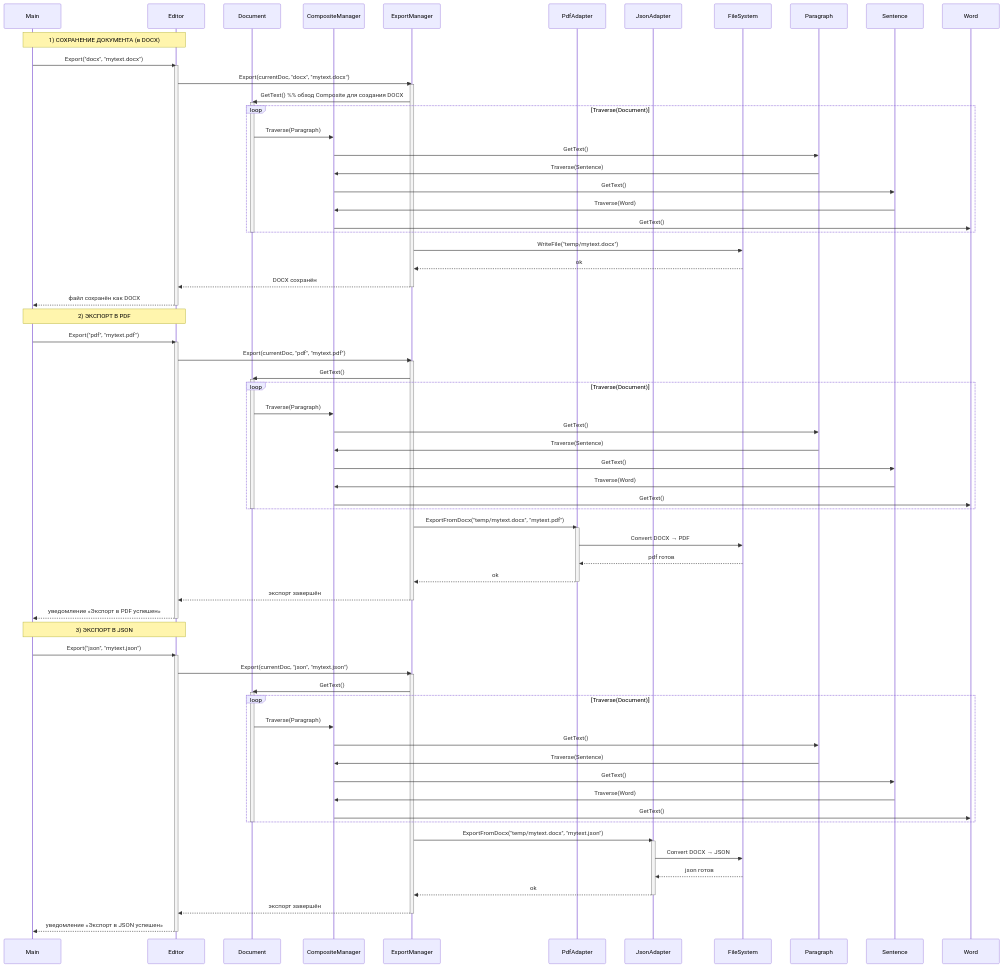
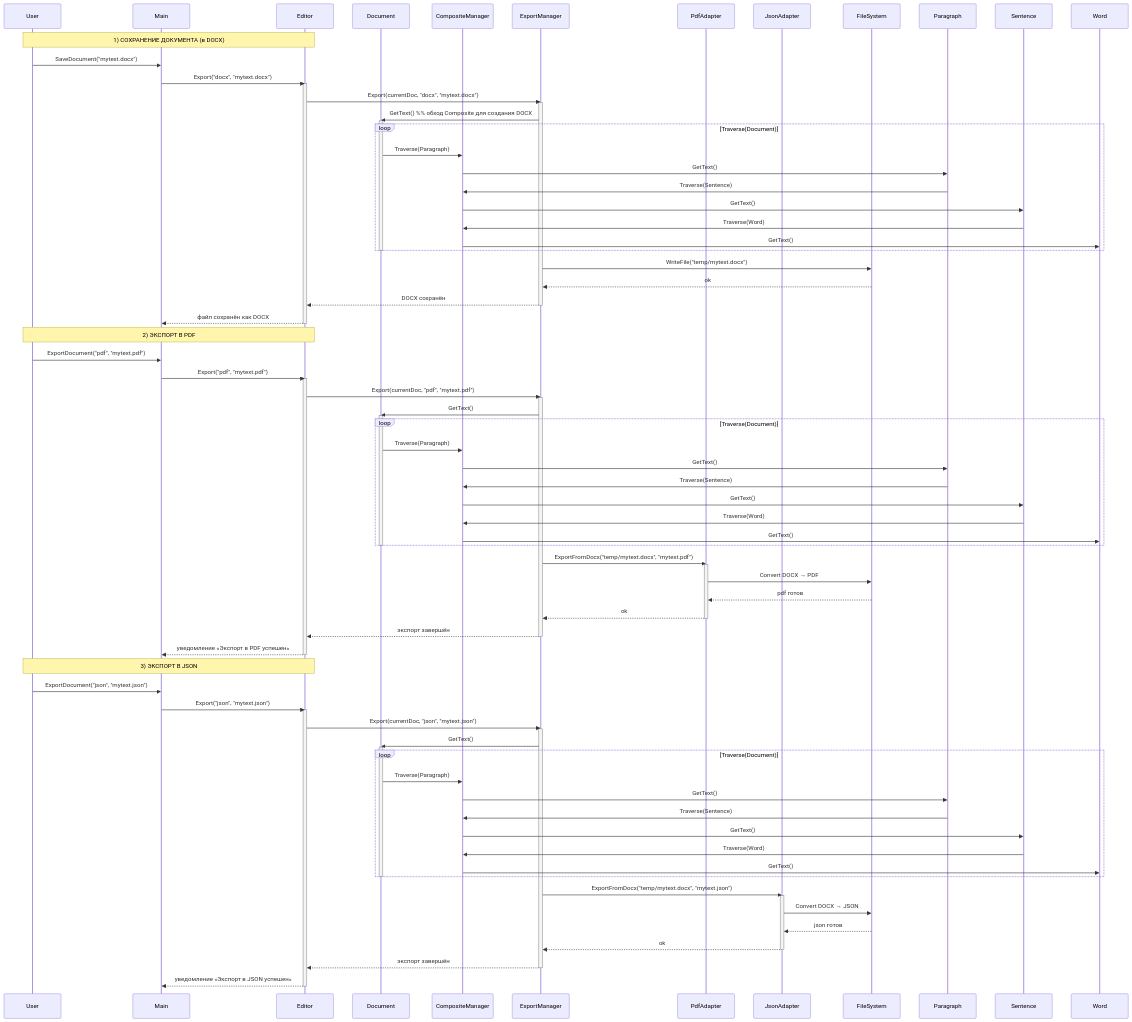
Before and after one commit to penamarth/bsbo-03-23_team6_var11_textedit: the diagram in Документация/Сценарии использования/02-Открытие, сохранение файла/Диаграмма последовательности Открытие, сохранение.md, drawn with Mermaid.

Commit message:
Update sequence diagram for file operations

````diff
--- a/Документация/Сценарии использования/02-Открытие, сохранение файла/Диаграмма последовательности Открытие, сохранение.md
+++ b/Документация/Сценарии использования/02-Открытие, сохранение файла/Диаграмма последовательности Открытие, сохранение.md
@@ -2,6 +2,7 @@
 ``` mermaid
 
 sequenceDiagram
+    participant User
     participant Main
     participant Editor
     participant Document
@@ -11,8 +12,9 @@
     participant JsonAdapter
     participant FileSystem
 
-    Note over Main, Editor: 1) СОХРАНЕНИЕ ДОКУМЕНТА (в DOCX)
+    Note over User, Editor: 1) СОХРАНЕНИЕ ДОКУМЕНТА (в DOCX)
 
+    User->>Main: SaveDocument("mytext.docx")
     Main->>Editor: Export("docx", "mytext.docx")
     activate Editor
     Editor->>ExportManager: Export(currentDoc, "docx", "mytext.docx")
@@ -37,8 +39,9 @@
     Editor-->>Main: файл сохранён как DOCX
     deactivate Editor
 
-    Note over Main, Editor: 2) ЭКСПОРТ В PDF
+    Note over User, Editor: 2) ЭКСПОРТ В PDF
 
+    User->>Main: ExportDocument("pdf", "mytext.pdf")
     Main->>Editor: Export("pdf", "mytext.pdf")
     activate Editor
     Editor->>ExportManager: Export(currentDoc, "pdf", "mytext.pdf")
@@ -68,8 +71,9 @@
     Editor-->>Main: уведомление «Экспорт в PDF успешен»
     deactivate Editor
 
-    Note over Main, Editor: 3) ЭКСПОРТ В JSON
+    Note over User, Editor: 3) ЭКСПОРТ В JSON
 
+    User->>Main: ExportDocument("json", "mytext.json")
     Main->>Editor: Export("json", "mytext.json")
     activate Editor
     Editor->>ExportManager: Export(currentDoc, "json", "mytext.json")
@@ -101,4 +105,5 @@
 
 
 
+
 ```
````
